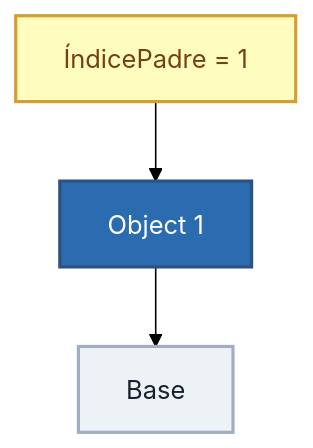
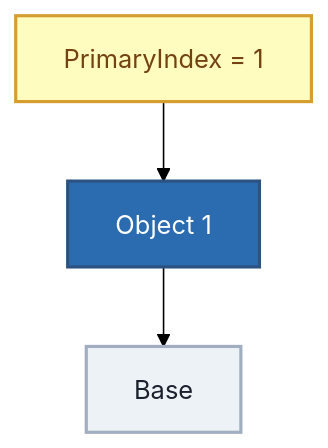
The second of 10 diagrams in format/indexing.md (JuanCrakYT/RtG-Format), drawn with Mermaid (forest theme) before and after one commit. The commit also changed other lines of this file and 2 other files, not shown here.

Commit message:
identifiers.md doned and remixing the mermaids

````diff
--- a/format/indexing.md
+++ b/format/indexing.md
@@ -117,14 +127,14 @@
 ```mermaid
 flowchart TD
-    INDEX["ÍndicePadre = 1"]
+    INDEX["PrimaryIndex = 1"]
     INDEX --> OBJECT["Object 1"]
     OBJECT --> BASE["Base"]
 
     classDef index fill:#fefcbf,color:#744210,stroke:#d69e2e,stroke-width:2px;
     classDef object fill:#2b6cb0,color:#fff,stroke:#2c5282,stroke-width:2px;
     classDef type fill:#edf2f7,color:#1a202c,stroke:#a0aec0,stroke-width:2px;
 
     class INDEX index;
     class OBJECT object;
     class BASE type;
 ```
````
